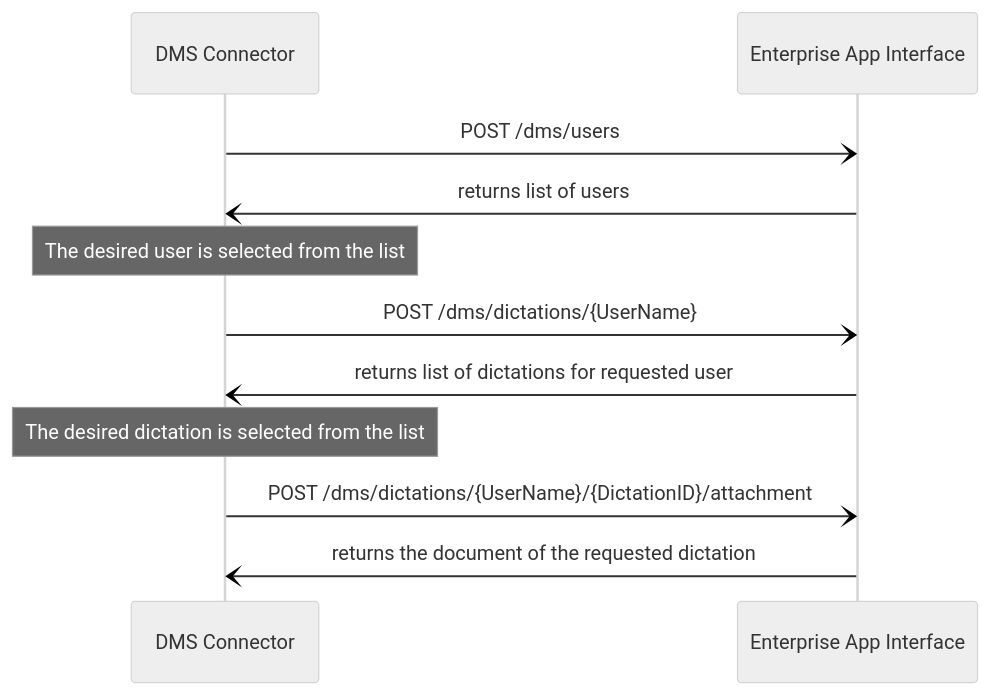
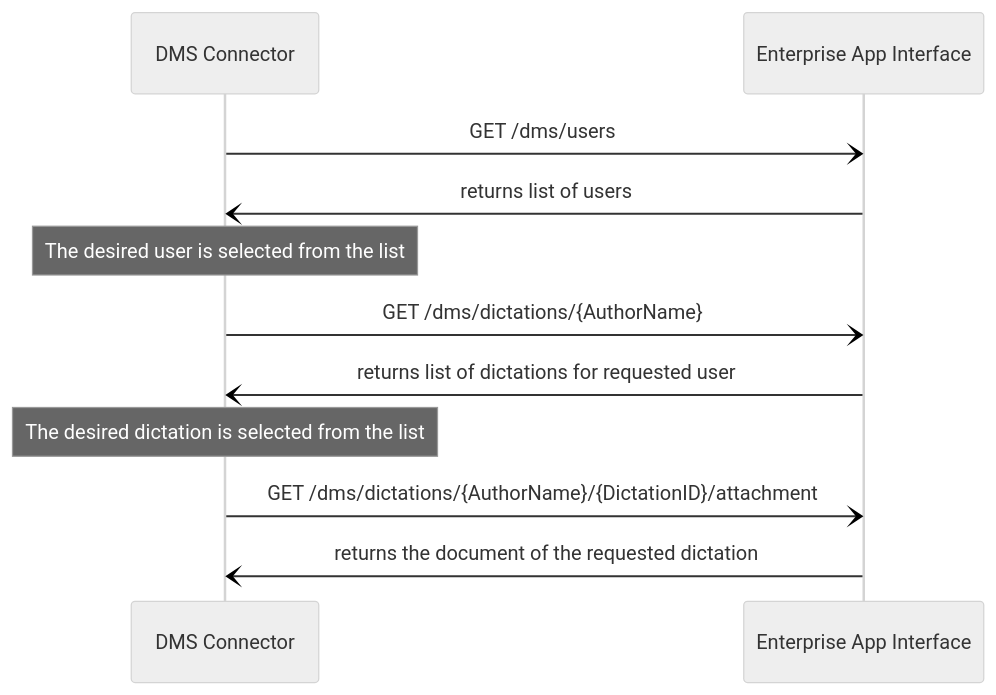
One commit to speechprocessing/speechexec-enterprise-integrator-guide changed the diagram in docs/see/enterprise-app-interface/endpoints/dms/static/images/diagrams/_EAI_DMS_GeneralCommunicationFlow.md. Above: the diagram before and after it, drawn with Mermaid (neutral theme). The commit also changed 2 other files, not shown here.

Commit message:
Smaller fixes regarding docs (#10)
* Fixed mistyped request types in dms flowchart

* added missing 401 example from MasterData insert

````diff
--- a/docs/see/enterprise-app-interface/endpoints/dms/static/images/diagrams/_EAI_DMS_GeneralCommunicationFlow.md
+++ b/docs/see/enterprise-app-interface/endpoints/dms/static/images/diagrams/_EAI_DMS_GeneralCommunicationFlow.md
@@ -1,13 +1,13 @@
 ``` mermaid
 sequenceDiagram
     participant Engine as DMS Connector
     participant AppInt as Enterprise App Interface
-    Engine-)AppInt: POST /dms/users
+    Engine-)AppInt: GET /dms/users
     AppInt-)Engine: returns list of users
     Note over Engine: The desired user is selected from the list
-    Engine-)AppInt: POST /dms/dictations/{UserName}
+    Engine-)AppInt: GET /dms/dictations/{AuthorName}
     AppInt-)Engine: returns list of dictations for requested user
     Note over Engine: The desired dictation is selected from the list
-    Engine-)AppInt: POST /dms/dictations/{UserName}/{DictationID}/attachment
+    Engine-)AppInt: GET /dms/dictations/{AuthorName}/{DictationID}/attachment
     AppInt-)Engine: returns the document of the requested dictation
 ```
````
